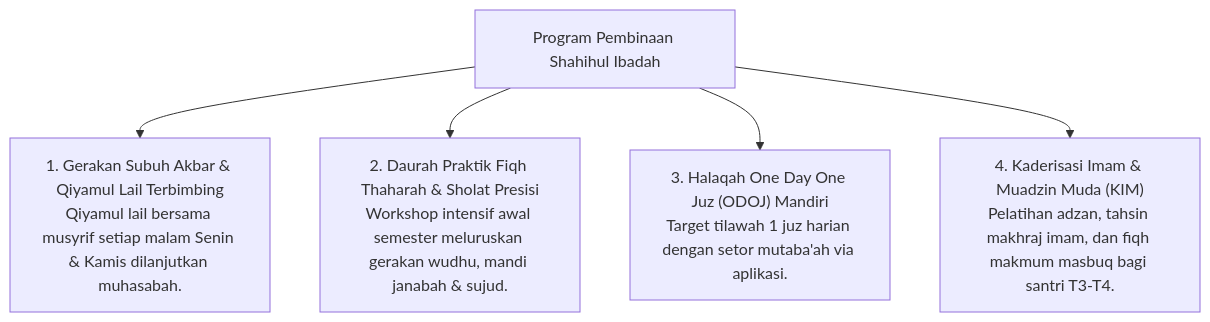
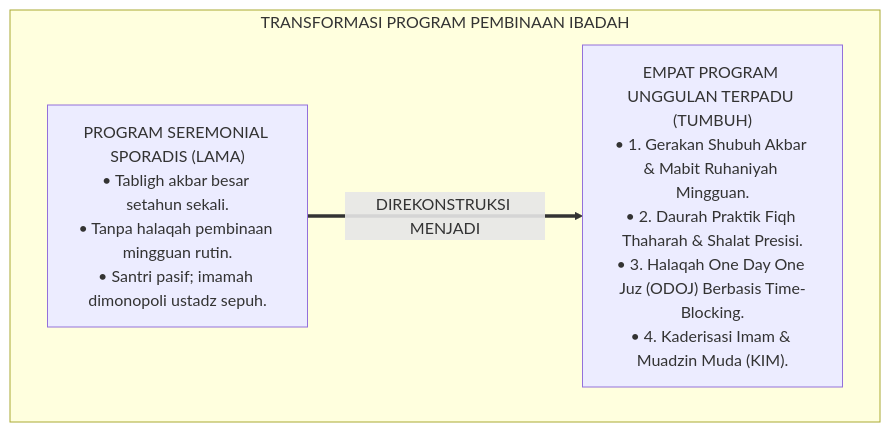
One commit to wandiapriliyandi/tumbuh changed the first of 7 diagrams in 03 Capacity Framework/05 Shahihul Ibadah/P3-05-11-Program-Pembinaan-dan-Halaqah.md. Above: the diagram before and after it, drawn with Mermaid. The commit also changed other lines of this file and 15 other files, not shown here.

Commit message:
docs(domain-05): complete comprehensive research monographs for 05 Shahihul Ibadah (14 sub-modules + master doc + README)

````diff
--- a/03 Capacity Framework/05 Shahihul Ibadah/P3-05-11-Program-Pembinaan-dan-Halaqah.md
+++ b/03 Capacity Framework/05 Shahihul Ibadah/P3-05-11-Program-Pembinaan-dan-Halaqah.md
@@ -10,9 +54,10 @@
 ```mermaid
-graph TD
-    Program["Program Pembinaan Shahihul Ibadah"]
-    
-    Program --> P1["1. Gerakan Subuh Akbar & Qiyamul Lail Terbimbing<br/>Qiyamul lail bersama musyrif setiap malam Senin & Kamis dilanjutkan muhasabah."]
-    Program --> P2["2. Daurah Praktik Fiqh Thaharah & Sholat Presisi<br/>Workshop intensif awal semester meluruskan gerakan wudhu, mandi janabah & sujud."]
-    Program --> P3["3. Halaqah One Day One Juz (ODOJ) Mandiri<br/>Target tilawah 1 juz harian dengan setor mutaba'ah via aplikasi."]
-    Program --> P4["4. Kaderisasi Imam & Muadzin Muda (KIM)<br/>Pelatihan adzan, tahsin makhraj imam, dan fiqh makmum masbuq bagi santri T3-T4."]
+flowchart TD
+    subgraph TransformasiProgramPembinaanIbadah["TRANSFORMASI PROGRAM PEMBINAAN IBADAH"]
+        ProgramSeremonial["PROGRAM SEREMONIAL SPORADIS (LAMA)<br/>• Tabligh akbar besar setahun sekali.<br/>• Tanpa halaqah pembinaan mingguan rutin.<br/>• Santri pasif; imamah dimonopoli ustadz sepuh."]
+        
+        ProgramTerstruktur["EMPAT PROGRAM UNGGULAN TERPADU (TUMBUH)<br/>• 1. Gerakan Shubuh Akbar & Mabit Ruhaniyah Mingguan.<br/>• 2. Daurah Praktik Fiqh Thaharah & Shalat Presisi.<br/>• 3. Halaqah One Day One Juz (ODOJ) Berbasis Time-Blocking.<br/>• 4. Kaderisasi Imam & Muadzin Muda (KIM)."]
+        
+        ProgramSeremonial ==>|DIREKONSTRUKSI MENJADI| ProgramTerstruktur
+    end
 ```
````
